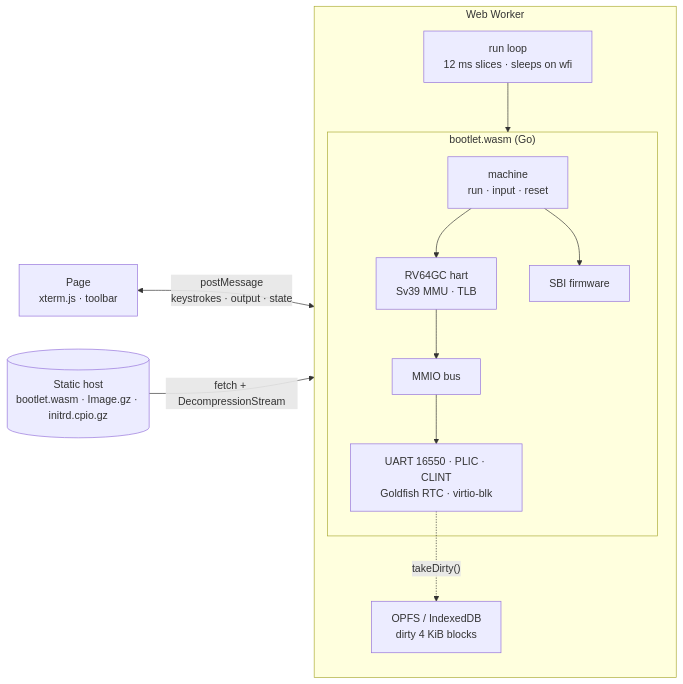
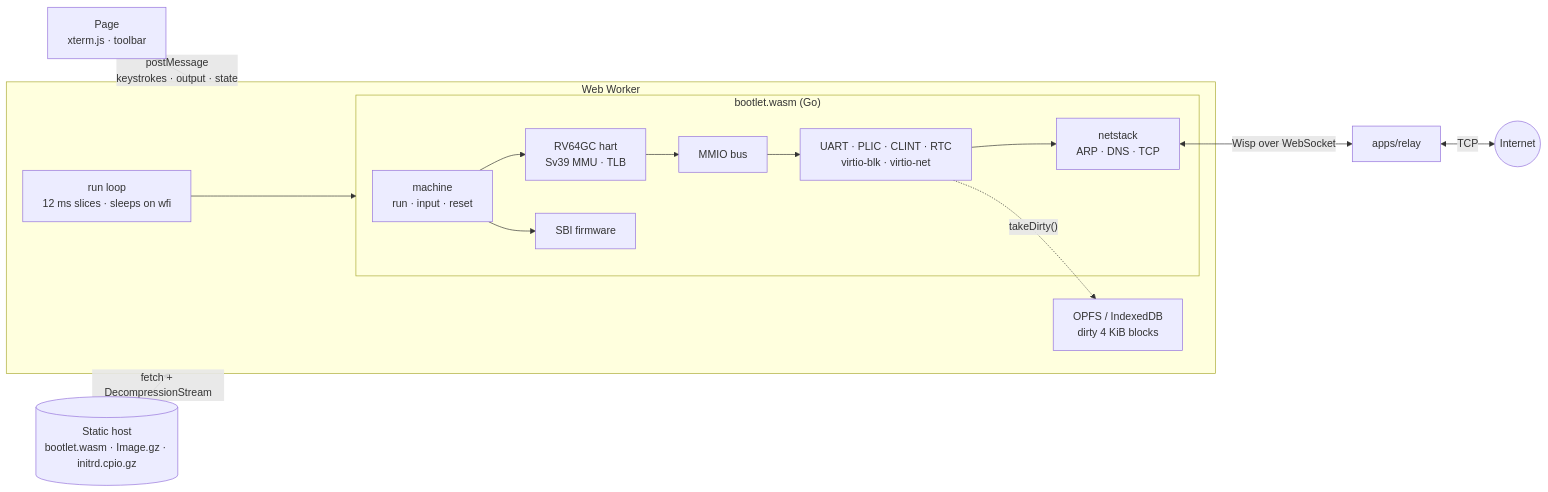
Before and after one commit to bpradana/bootlet: the diagram in README.md, drawn with Mermaid. The commit also changed other lines of this file and 51 other files, not shown here.

````diff
--- a/README.md
+++ b/README.md
@@ -98,18 +113,20 @@
 ```mermaid
 flowchart LR
     ui["Page<br/>xterm.js · toolbar"] <-->|"postMessage<br/>keystrokes · output · state"| worker
 
     subgraph worker["Web Worker"]
         loop["run loop<br/>12 ms slices · sleeps on wfi"] --> wasm
         store["OPFS / IndexedDB<br/>dirty 4 KiB blocks"]
         subgraph wasm["bootlet.wasm (Go)"]
             machine["machine<br/>run · input · reset"] --> cpu["RV64GC hart<br/>Sv39 MMU · TLB"]
             machine --> sbi["SBI firmware"]
             cpu --> bus["MMIO bus"]
-            bus --> devs["UART 16550 · PLIC · CLINT<br/>Goldfish RTC · virtio-blk"]
+            bus --> devs["UART · PLIC · CLINT · RTC<br/>virtio-blk · virtio-net"]
+            devs --> stack["netstack<br/>ARP · DNS · TCP"]
         end
         devs -.->|"takeDirty()"| store
     end
 
+    stack <-->|"Wisp over WebSocket"| relay["apps/relay"] <-->|TCP| internet(("Internet"))
     static[("Static host<br/>bootlet.wasm · Image.gz · initrd.cpio.gz")] -->|"fetch + DecompressionStream"| worker
 ```
````
